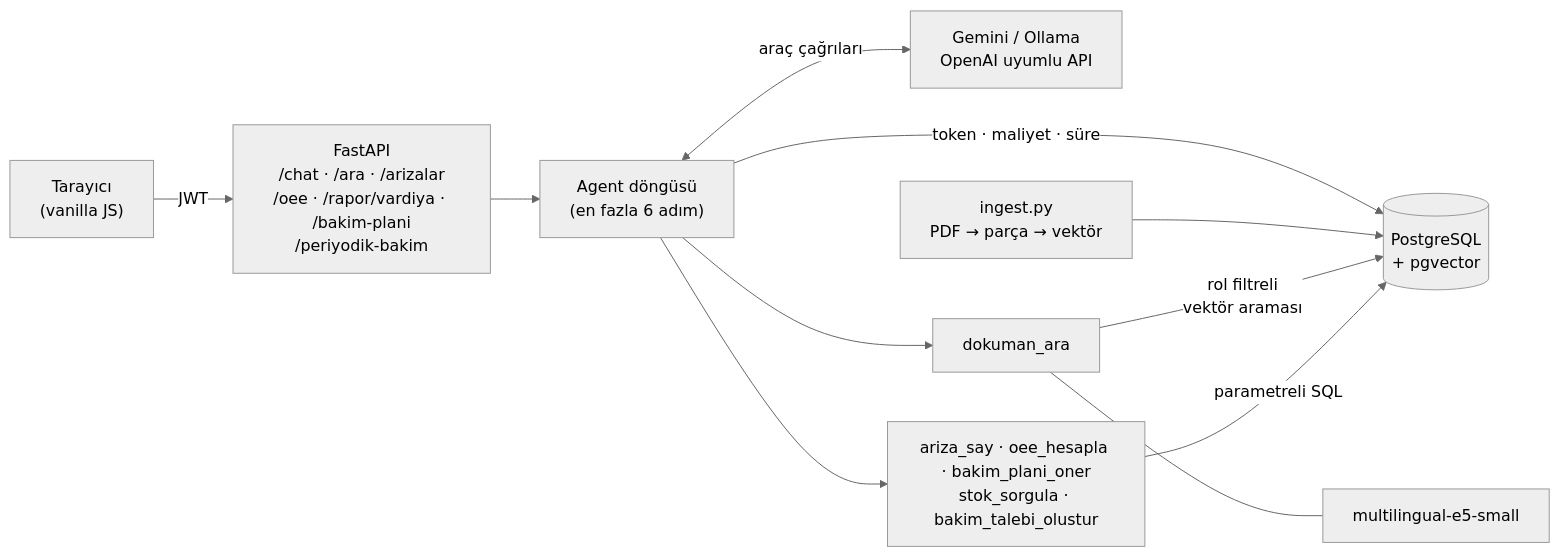
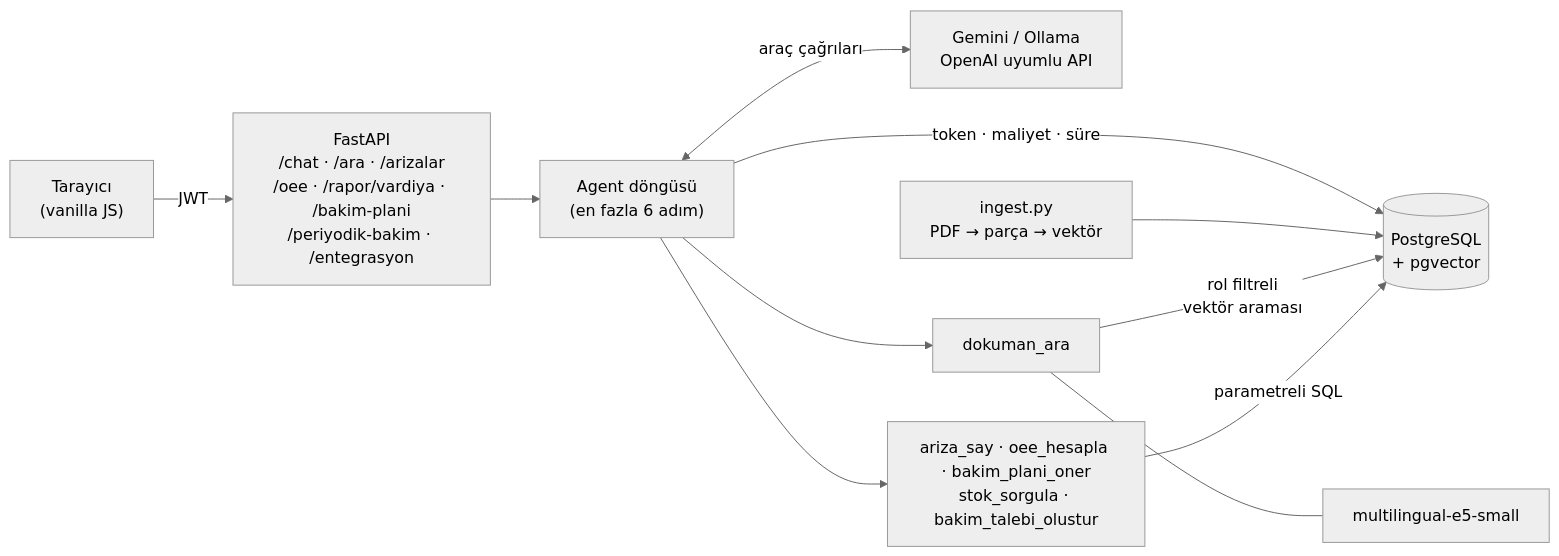
The first of 2 diagrams in README.md (omer1916/HataAsistani), drawn with Mermaid (neutral theme) before and after one commit. The commit also changed other lines of this file and 29 other files, not shown here.

````diff
--- a/README.md
+++ b/README.md
@@ -70,13 +74,13 @@
 ```mermaid
 flowchart LR
-    K["Tarayıcı<br/>(vanilla JS)"] -->|JWT| API["FastAPI<br/>/chat · /ara · /arizalar<br/>/oee · /rapor/vardiya · /bakim-plani<br/>/periyodik-bakim"]
+    K["Tarayıcı<br/>(vanilla JS)"] -->|JWT| API["FastAPI<br/>/chat · /ara · /arizalar<br/>/oee · /rapor/vardiya · /bakim-plani<br/>/periyodik-bakim · /entegrasyon"]
     API --> AG["Agent döngüsü<br/>(en fazla 6 adım)"]
     AG <-->|"araç çağrıları"| LLM["Gemini / Ollama<br/>OpenAI uyumlu API"]
     AG --> T1["ariza_say · oee_hesapla · bakim_plani_oner<br/>stok_sorgula · bakim_talebi_olustur"]
     AG --> T2["dokuman_ara"]
     T1 -->|"parametreli SQL"| PG[("PostgreSQL<br/>+ pgvector")]
     T2 -->|"rol filtreli<br/>vektör araması"| PG
     T2 --- EMB["multilingual-e5-small"]
     ING["ingest.py<br/>PDF → parça → vektör"] --> PG
     AG -->|"token · maliyet · süre"| PG
 ```
````
